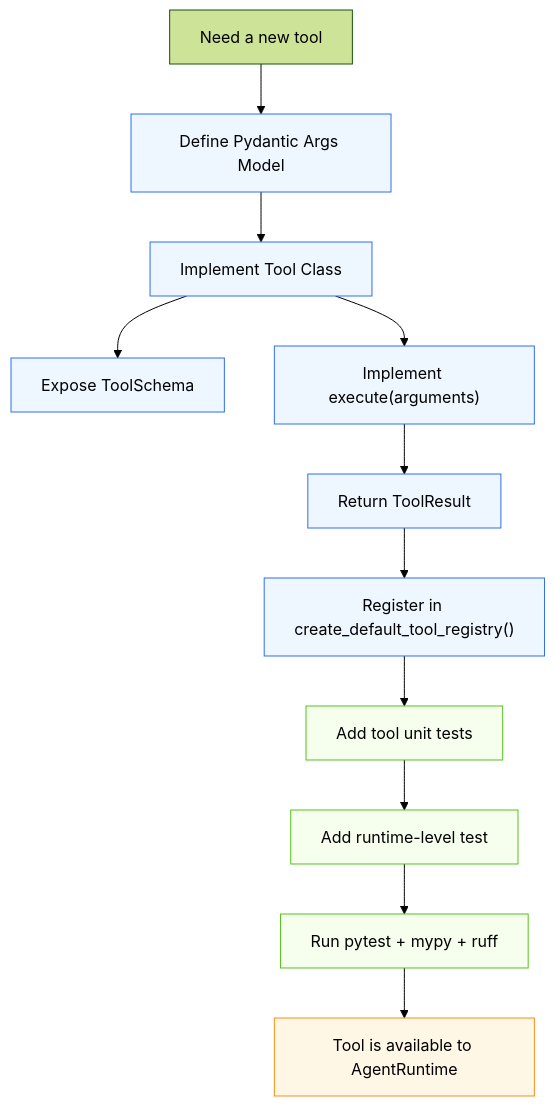
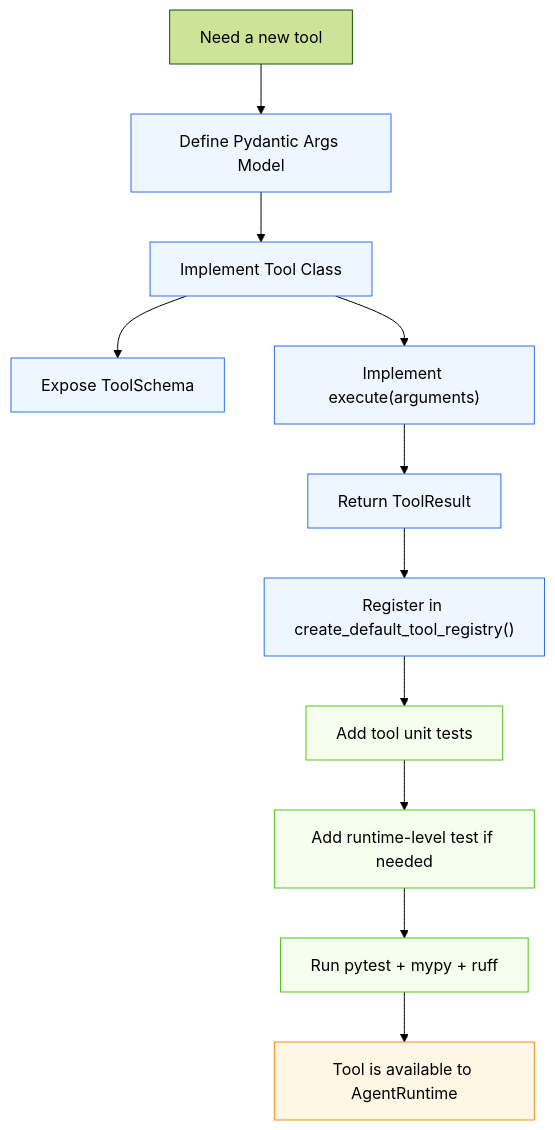
One commit to Dreamer-Sea/forge-agent changed the seventh of 9 diagrams in README.md. Above: the diagram before and after it, drawn with Mermaid (forest theme). The commit also changed other lines of this file, not shown here.

Commit message:
docs: rewrite README with staff-level architecture documentation

````diff
--- a/README.md
+++ b/README.md
@@ -310,22 +482,22 @@
 ```mermaid
 flowchart TD
     Start["Need a new tool"] --> Args["Define Pydantic Args Model"]
     Args --> ToolClass["Implement Tool Class"]
     ToolClass --> Schema["Expose ToolSchema"]
     ToolClass --> Execute["Implement execute(arguments)"]
     Execute --> Result["Return ToolResult"]
 
     Result --> Register["Register in create_default_tool_registry()"]
     Register --> UnitTest["Add tool unit tests"]
-    UnitTest --> RuntimeTest["Add runtime-level test"]
+    UnitTest --> RuntimeTest["Add runtime-level test if needed"]
     RuntimeTest --> Quality["Run pytest + mypy + ruff"]
     Quality --> Done["Tool is available to AgentRuntime"]
 
     classDef step fill:#eef6ff,stroke:#2f6feb,stroke-width:1px;
     classDef check fill:#f6ffed,stroke:#52c41a,stroke-width:1px;
     classDef done fill:#fff7e6,stroke:#fa8c16,stroke-width:1px;
 
     class Args,ToolClass,Schema,Execute,Result,Register step;
     class UnitTest,RuntimeTest,Quality check;
     class Done done;
 ```
````
